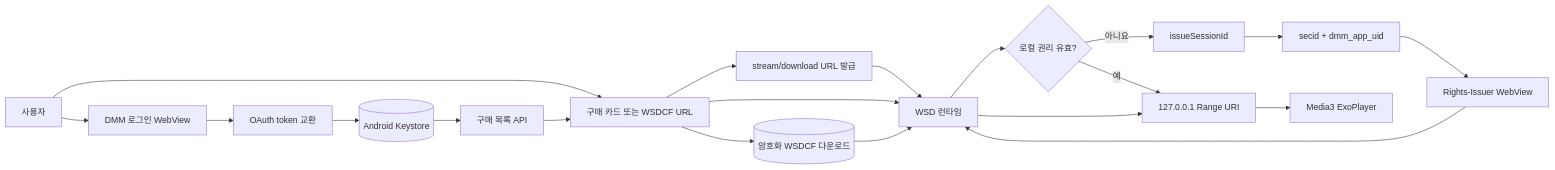
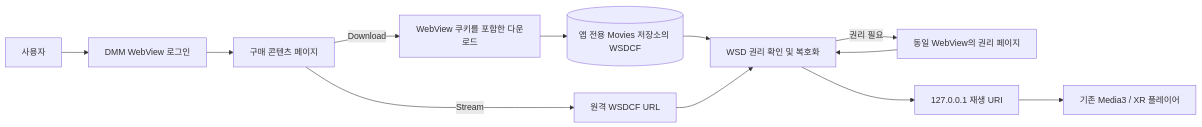
Before and after one commit to blackark87/xr-stream-app: the diagram in docs/DMM_PLAYBACK.md, drawn with Mermaid. The commit also changed other lines of this file and 18 other files, not shown here.

Commit message:
DMM 웹 세션 재생 경로와 WSD 런타임 포함

````diff
--- a/docs/DMM_PLAYBACK.md
+++ b/docs/DMM_PLAYBACK.md
@@ -67,22 +32,14 @@
 ```mermaid
 flowchart LR
-  user[사용자] --> login[DMM 로그인 WebView]
-  login --> token[OAuth token 교환]
-  token --> store[(Android Keystore)]
-  store --> catalog[구매 목록 API]
-  user --> library[구매 카드 또는 WSDCF URL]
-  catalog --> library
-  library --> playable[stream/download URL 발급]
-  playable --> wsd
-  library --> wsd[WSD 런타임]
-  wsd --> valid{로컬 권리 유효?}
-  valid -- 아니요 --> session[issueSessionId]
-  session --> cookies[secid + dmm_app_uid]
-  cookies --> rights[Rights-Issuer WebView]
-  rights --> wsd
-  valid -- 예 --> loopback[127.0.0.1 Range URI]
-  wsd --> loopback
-  loopback --> media3[Media3 ExoPlayer]
-  library --> encrypted[(암호화 WSDCF 다운로드)]
-  encrypted --> wsd
+    user[사용자] --> web[DMM WebView 로그인]
+    web --> site[구매 콘텐츠 페이지]
+    site -->|Download| downloader[WebView 쿠키를 포함한 다운로드]
+    downloader --> local[(앱 전용 Movies 저장소의 WSDCF)]
+    site -->|Stream| remote[원격 WSDCF URL]
+    local --> wsd[WSD 권리 확인 및 복호화]
+    remote --> wsd
+    wsd -->|권리 필요| rights[동일 WebView의 권리 페이지]
+    rights --> wsd
+    wsd --> loopback[127.0.0.1 재생 URI]
+    loopback --> media3[기존 Media3 / XR 플레이어]
 ```
````
